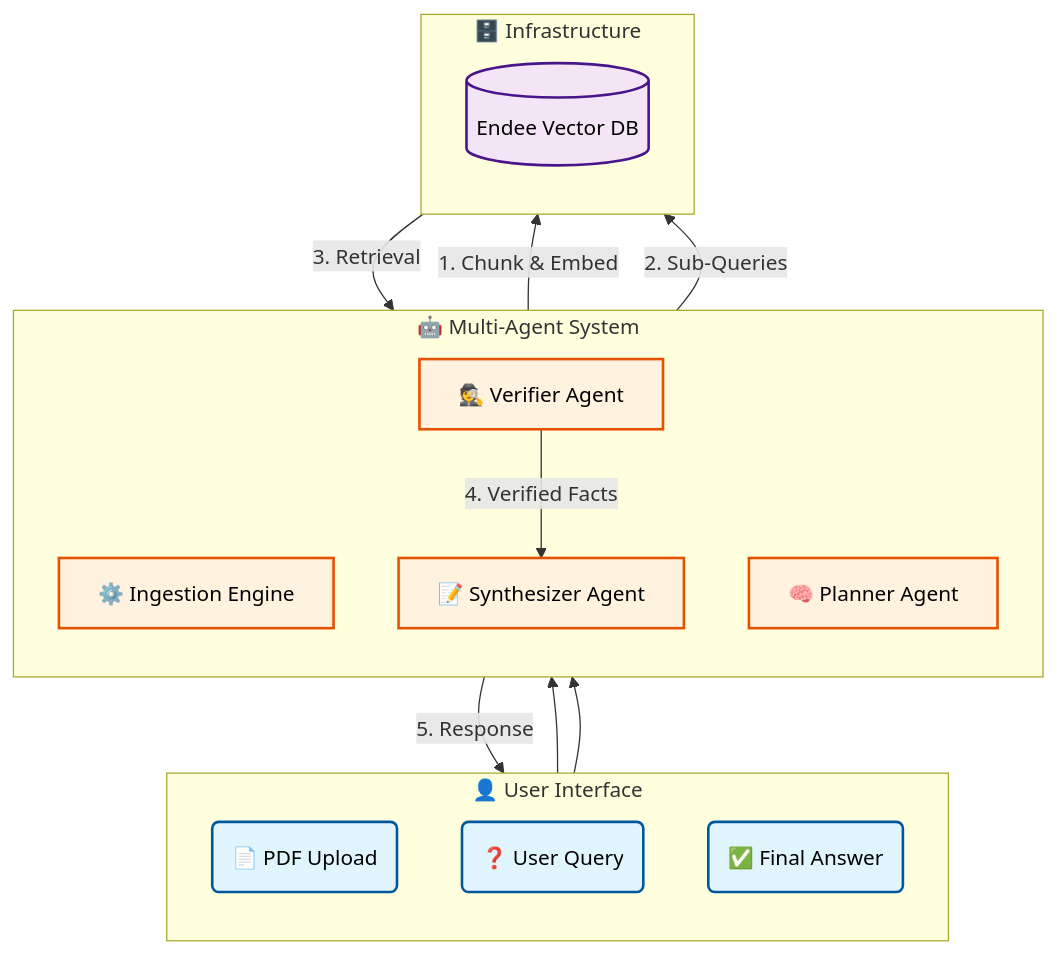
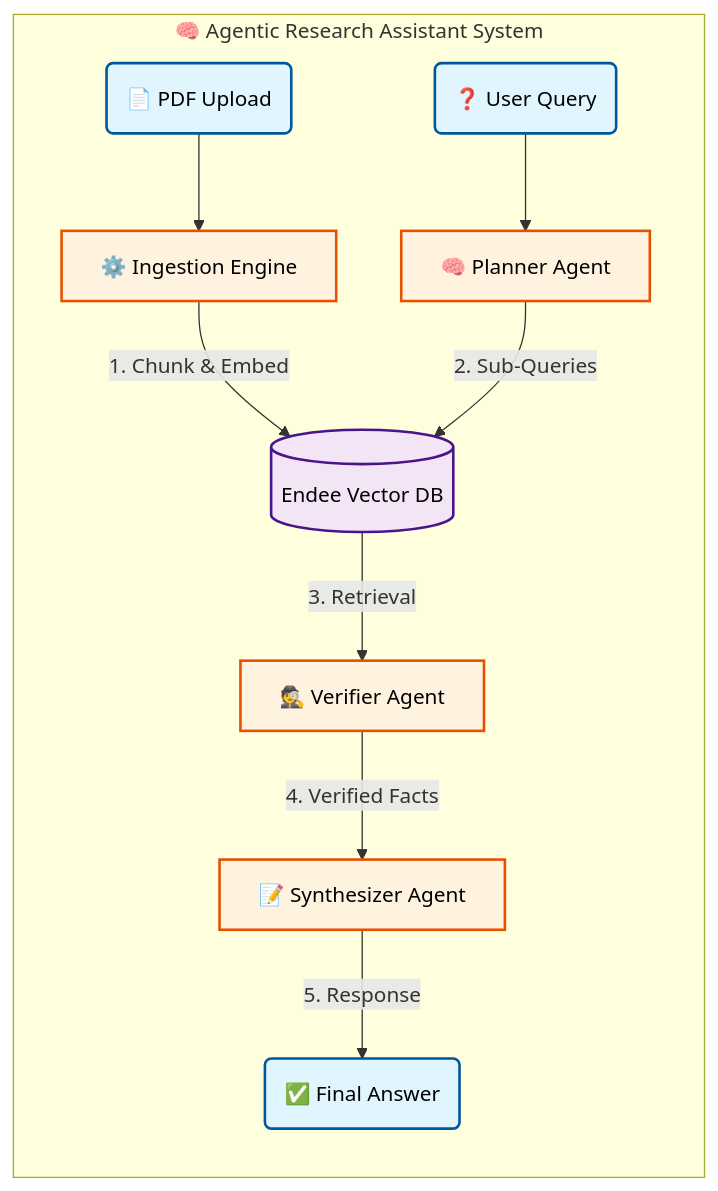
Before and after one commit to Akash252004/Agentic-Research-Assistant: the diagram in README.md, drawn with Mermaid.

Commit message:
Consolidate system diagram into single box

````diff
--- a/README.md
+++ b/README.md
@@ -45,41 +45,34 @@
 ```mermaid
 flowchart TD
     %% Styling
     classDef user fill:#e1f5fe,stroke:#01579b,stroke-width:2px,color:#000;
     classDef agent fill:#fff3e0,stroke:#e65100,stroke-width:2px,color:#000;
     classDef db fill:#f3e5f5,stroke:#4a148c,stroke-width:2px,color:#000;
 
-    subgraph UI [👤 User Interface]
+    subgraph System [🧠 Agentic Research Assistant System]
         direction TB
-        Upload(📄 PDF Upload)
-        Query(❓ User Query)
-        Result(✅ Final Answer)
+        
+        %% Nodes
+        Upload(📄 PDF Upload):::user
+        Query(❓ User Query):::user
+        Result(✅ Final Answer):::user
+        
+        Ingest[⚙️ Ingestion Engine]:::agent
+        Planner[🧠 Planner Agent]:::agent
+        Verifier[🕵️ Verifier Agent]:::agent
+        Synthesizer[📝 Synthesizer Agent]:::agent
+        
+        Endee[(Endee Vector DB)]:::db
+
+        %% Data Flow
+        Upload --> Ingest
+        Ingest -->|1. Chunk & Embed| Endee
+        
+        Query --> Planner
+        Planner -->|2. Sub-Queries| Endee
+        
+        Endee -->|3. Retrieval| Verifier
+        Verifier -->|4. Verified Facts| Synthesizer
+        Synthesizer -->|5. Response| Result
     end
-    class Upload,Query,Result user
-
-    subgraph Agents [🤖 Multi-Agent System]
-        direction TB
-        Ingest[⚙️ Ingestion Engine]
-        Planner[🧠 Planner Agent]
-        Verifier[🕵️ Verifier Agent]
-        Synthesizer[📝 Synthesizer Agent]
-    end
-    class Ingest,Planner,Verifier,Synthesizer agent
-
-    subgraph DB [🗄️ Infrastructure]
-        direction TB
-        Endee[(Endee Vector DB)]
-    end
-    class Endee db
-
-    %% Data Flow
-    Upload --> Ingest
-    Ingest -->|1. Chunk & Embed| Endee
-    
-    Query --> Planner
-    Planner -->|2. Sub-Queries| Endee
-    
-    Endee -->|3. Retrieval| Verifier
-    Verifier -->|4. Verified Facts| Synthesizer
-    Synthesizer -->|5. Response| Result
 ```
````
